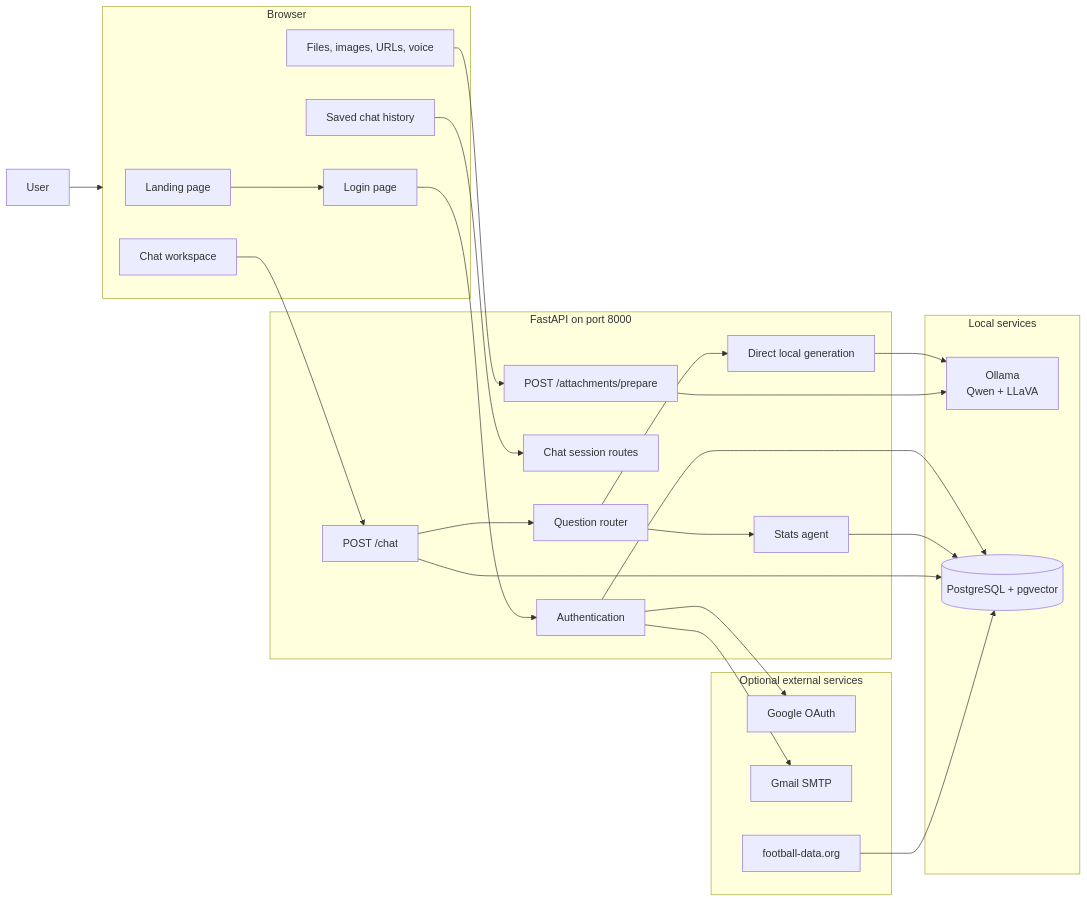
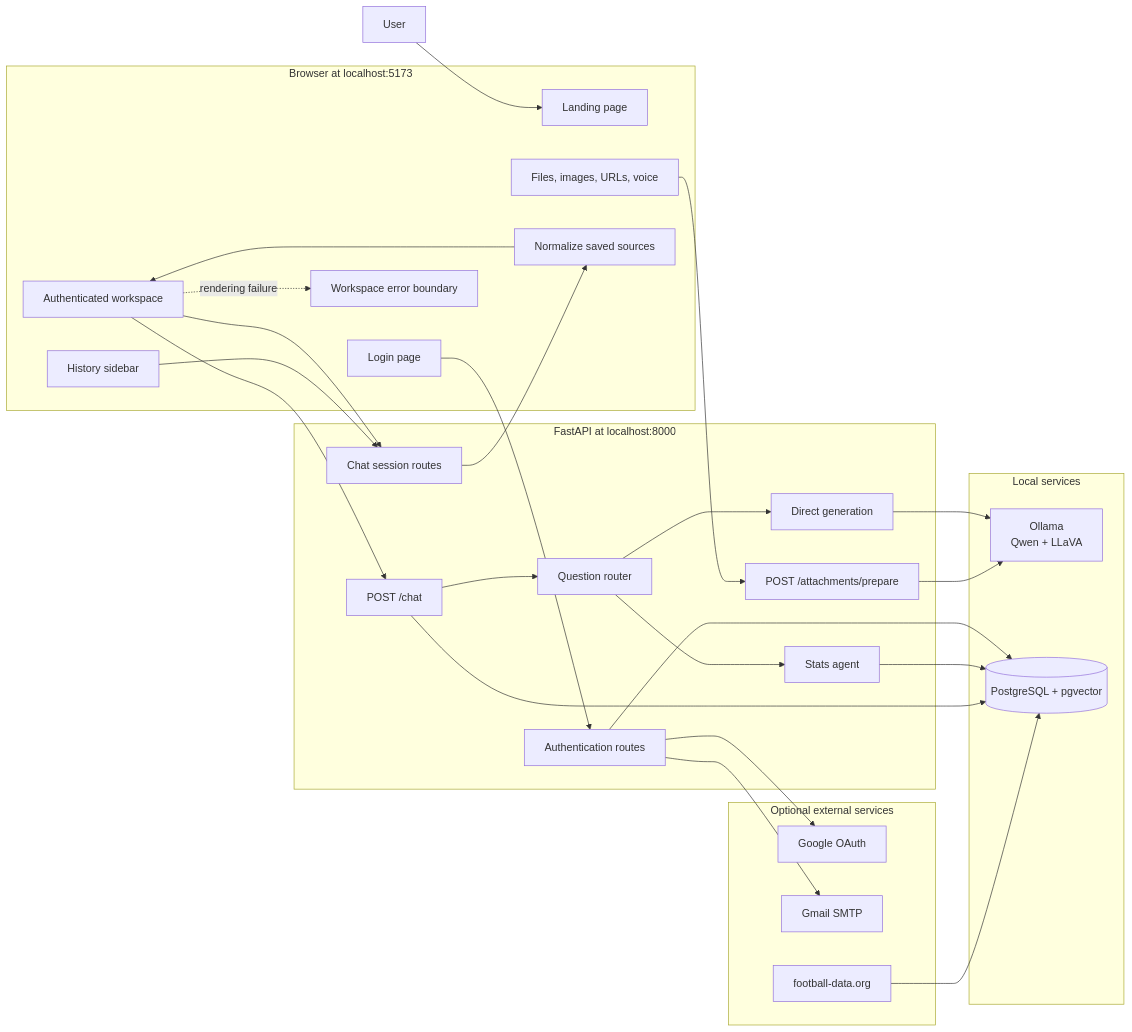
One commit to RajasW18/BarcelonaProj changed the first of 4 diagrams in README.md. Above: the diagram before and after it, drawn with Mermaid. The commit also changed other lines of this file and 1 other file, not shown here.

````diff
--- a/README.md
+++ b/README.md
@@ -35,52 +35,57 @@
 ```mermaid
 flowchart LR
     User[User]
 
-    subgraph Browser[Browser]
+    subgraph Browser[Browser at localhost:5173]
         Landing[Landing page]
         Login[Login page]
-        Chat[Chat workspace]
-        History[Saved chat history]
+        Chat[Authenticated workspace]
+        History[History sidebar]
         Attachments[Files, images, URLs, voice]
+        Normalize[Normalize saved sources]
+        Boundary[Workspace error boundary]
     end
 
-    subgraph API[FastAPI on port 8000]
-        Auth[Authentication]
+    subgraph API[FastAPI at localhost:8000]
+        Auth[Authentication routes]
         ChatRoute[POST /chat]
         SessionRoutes[Chat session routes]
         ContextRoute[POST /attachments/prepare]
         Router[Question router]
-        Direct[Direct local generation]
+        Direct[Direct generation]
         Stats[Stats agent]
     end
 
     subgraph Local[Local services]
         Ollama[Ollama<br/>Qwen + LLaVA]
         Postgres[(PostgreSQL + pgvector)]
     end
 
     subgraph External[Optional external services]
         Google[Google OAuth]
         Gmail[Gmail SMTP]
         FootballData[football-data.org]
     end
 
-    User --> Browser
-    Landing --> Login
+    User --> Landing
     Login --> Auth
     Auth --> Google
     Auth --> Gmail
     Auth --> Postgres
 
+    Chat --> SessionRoutes
+    History --> SessionRoutes
+    SessionRoutes --> Normalize
+    Normalize --> Chat
+    Chat -. rendering failure .-> Boundary
     Chat --> ChatRoute
-    History --> SessionRoutes
     Attachments --> ContextRoute
     ChatRoute --> Router
     Router --> Direct
     Router --> Stats
     Direct --> Ollama
     Stats --> Postgres
     ContextRoute --> Ollama
     ChatRoute --> Postgres
     FootballData --> Postgres
 ```
````
